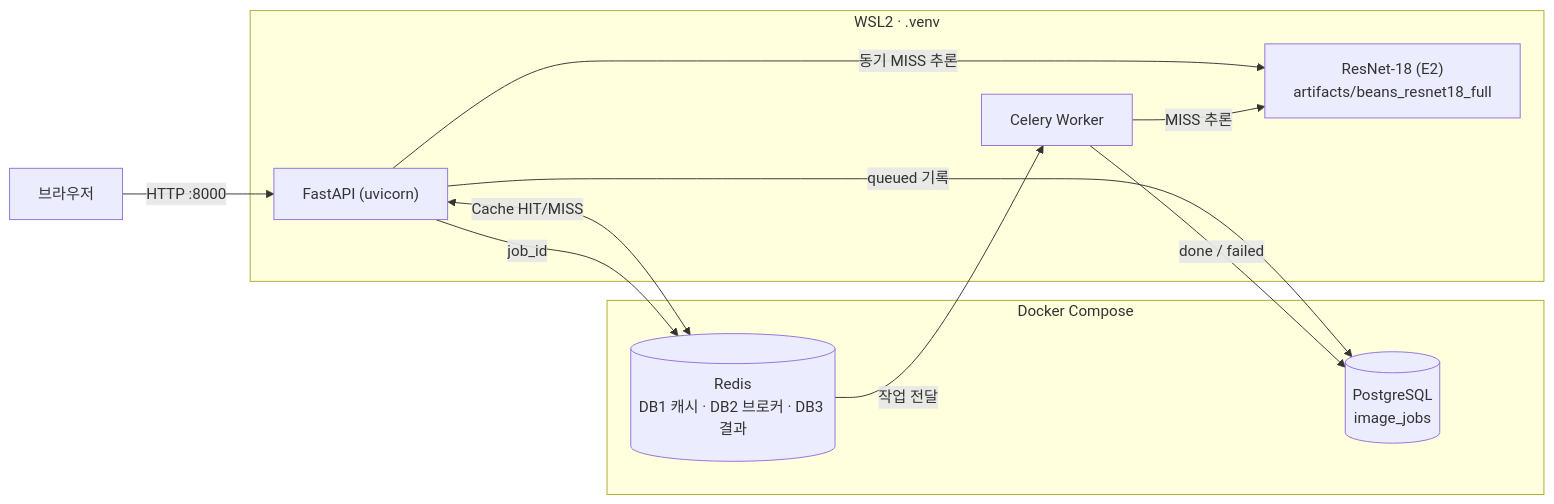
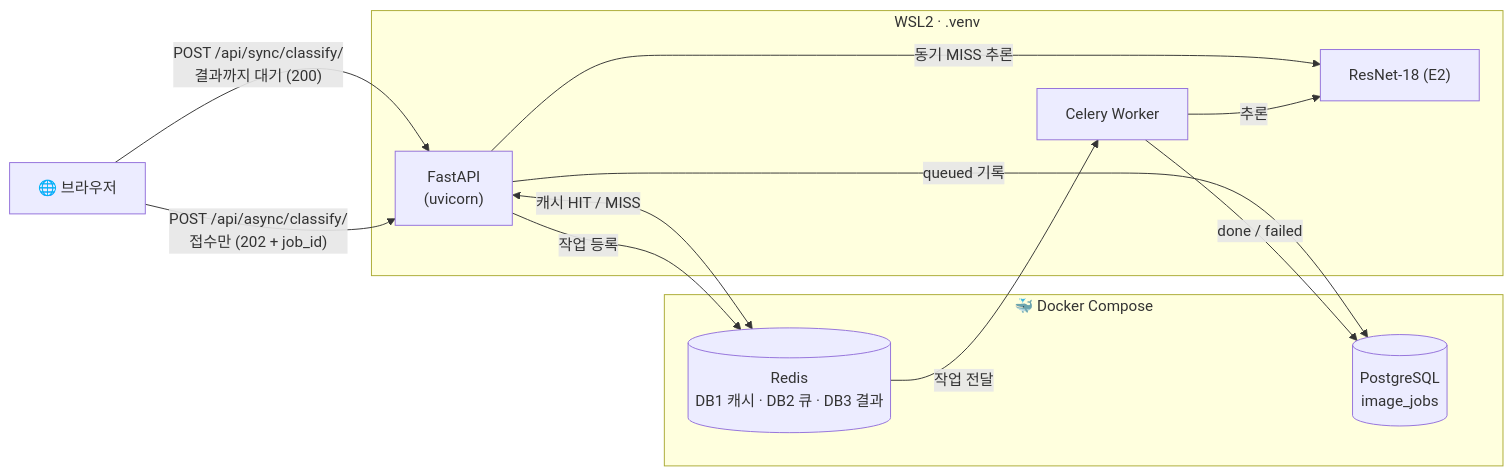
Before and after one commit to wlgptjd333/kh-subject9-eval-beans: the second of 2 diagrams in README.md, drawn with Mermaid. The commit also changed other lines of this file, not shown here.

````diff
--- a/README.md
+++ b/README.md
@@ -18,20 +55,21 @@
 ```mermaid
 flowchart LR
-    B["브라우저"] -->|HTTP :8000| F
+    B["🌐 브라우저"] -->|"POST /api/sync/classify/<br/>결과까지 대기 (200)"| F
+    B -->|"POST /api/async/classify/<br/>접수만 (202 + job_id)"| F
     subgraph HOST["WSL2 · .venv"]
-      F["FastAPI (uvicorn)"]
+      F["FastAPI<br/>(uvicorn)"]
       W["Celery Worker"]
-      M["ResNet-18 (E2)<br/>artifacts/beans_resnet18_full"]
+      M["ResNet-18 (E2)"]
     end
-    subgraph D["Docker Compose"]
-      R[("Redis<br/>DB1 캐시 · DB2 브로커 · DB3 결과")]
+    subgraph D["🐳 Docker Compose"]
+      R[("Redis<br/>DB1 캐시 · DB2 큐 · DB3 결과")]
       P[("PostgreSQL<br/>image_jobs")]
     end
-    F <-->|Cache HIT/MISS| R
+    F <-->|캐시 HIT / MISS| R
     F -->|동기 MISS 추론| M
     F -->|queued 기록| P
-    F -->|job_id| R
+    F -->|작업 등록| R
     R -->|작업 전달| W
-    W -->|MISS 추론| M
+    W -->|추론| M
     W -->|done / failed| P
 ```
````
